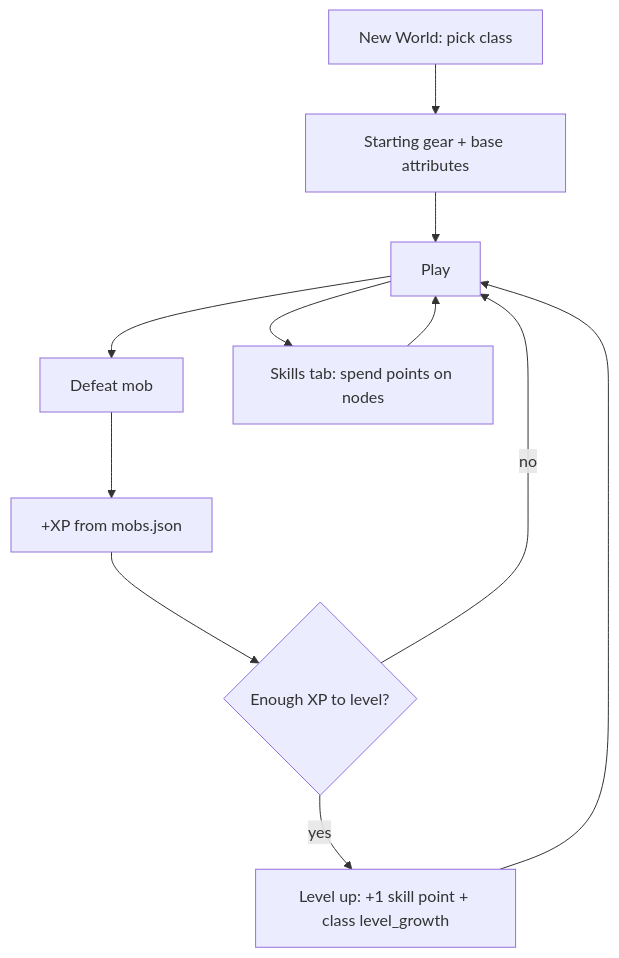
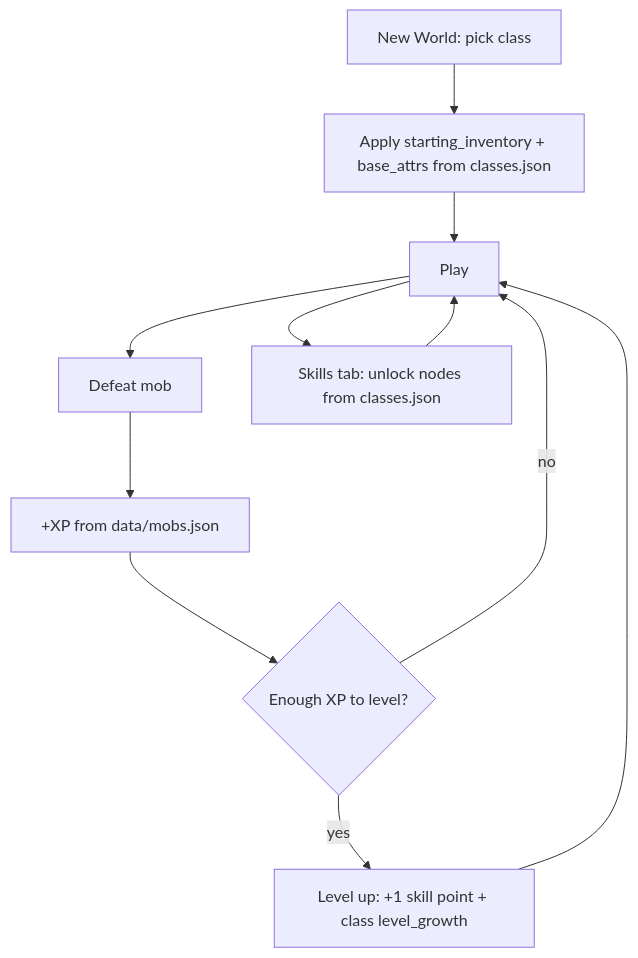
Before and after one commit to paarth-r/rajpal_paarth_my_game_spr2026: the second of 3 diagrams in README.md, drawn with Mermaid. The commit also changed other lines of this file and 4 other files, not shown here.

````diff
--- a/README.md
+++ b/README.md
@@ -210,13 +210,13 @@
 ```mermaid
 flowchart TD
-  N1[New World: pick class] --> N2[Starting gear + base attributes]
+  N1[New World: pick class] --> N2[Apply starting_inventory + base_attrs from classes.json]
   N2 --> P[Play]
   P --> K[Defeat mob]
-  K --> X[+XP from mobs.json]
+  K --> X[+XP from data/mobs.json]
   X --> L{Enough XP to level?}
   L -->|yes| U[Level up: +1 skill point + class level_growth]
   U --> P
   L -->|no| P
-  P --> S[Skills tab: spend points on nodes]
+  P --> S[Skills tab: unlock nodes from classes.json]
   S --> P
 ```
````
